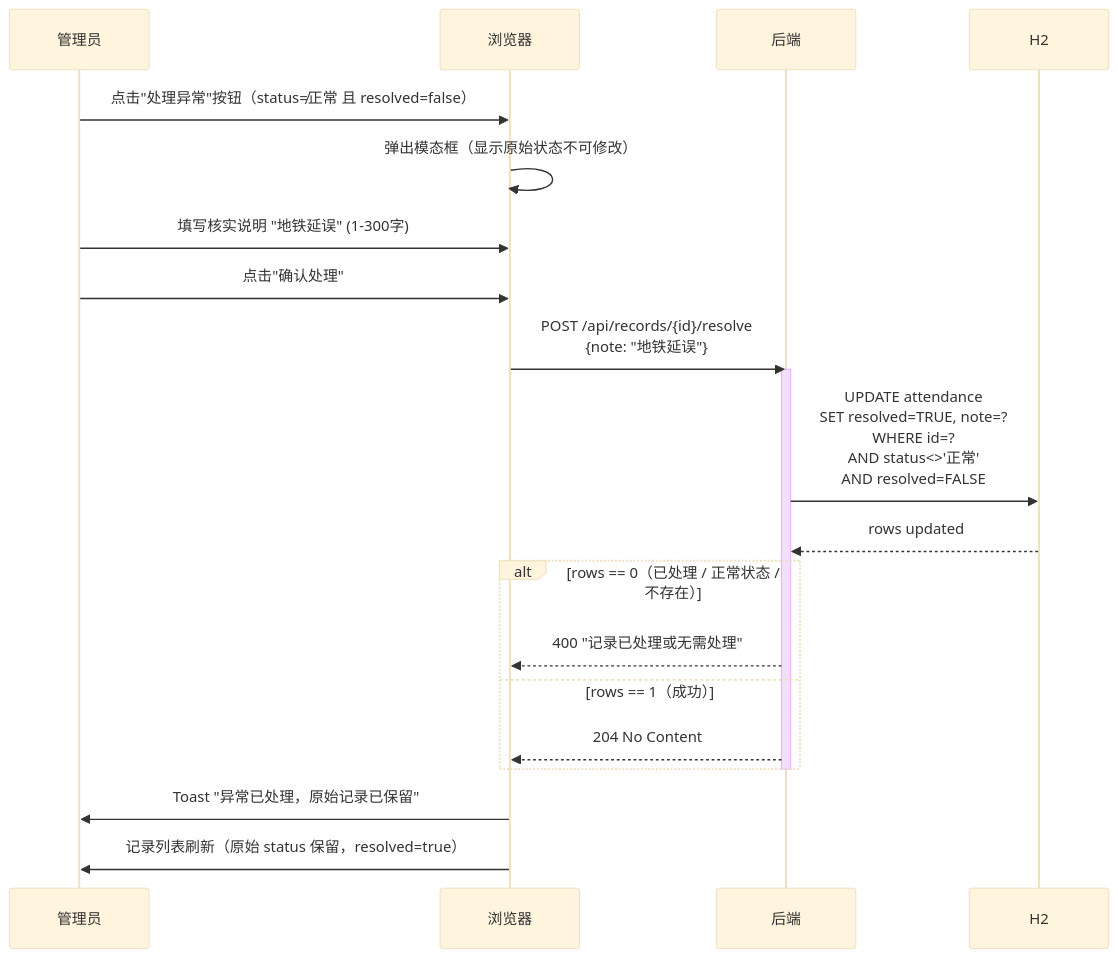
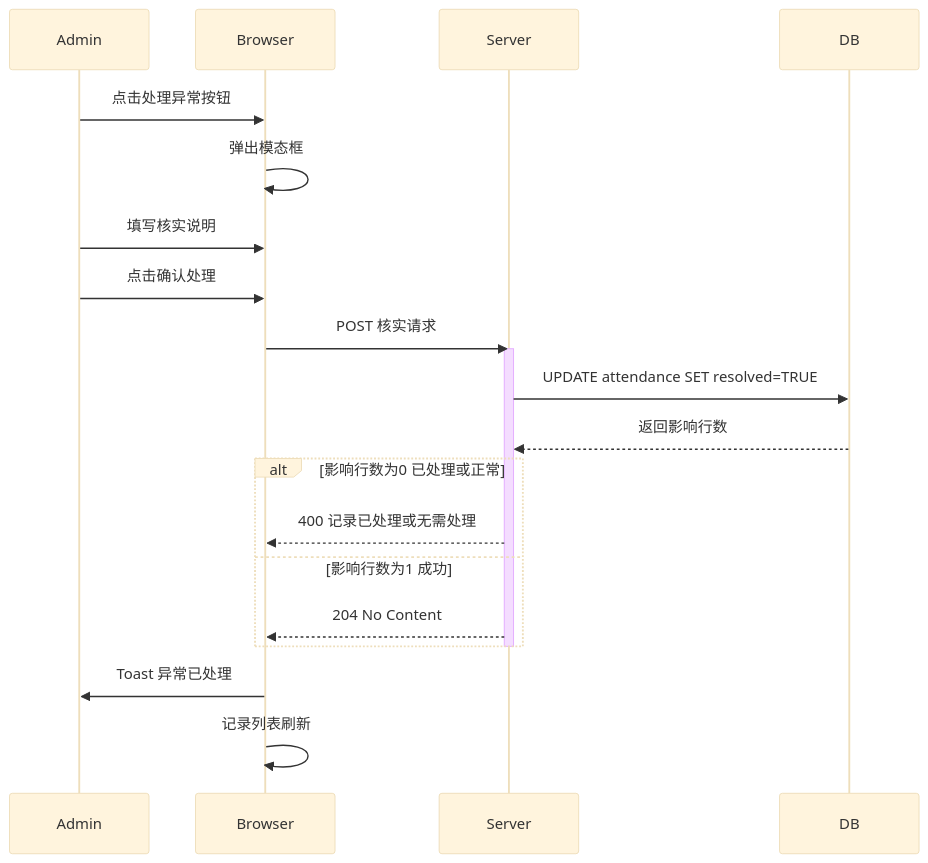
The fourth of 8 diagrams in docs/modeling/03-行为建模.md (ComingYU/attendance_management), drawn with Mermaid (base theme) before and after one commit. The commit also changed other lines of this file and 2 other files, not shown here.

Commit message:
建模图片语法修改

````diff
--- a/docs/modeling/03-行为建模.md
+++ b/docs/modeling/03-行为建模.md
@@ -211,27 +160,27 @@
 ```mermaid
 sequenceDiagram
-    participant Admin as 管理员
-    participant Browser as 浏览器
-    participant Server as 后端
-    participant DB as H2
+    participant Admin
+    participant Browser
+    participant Server
+    participant DB
 
-    Admin->>Browser: 点击"处理异常"按钮（status≠正常 且 resolved=false）
-    Browser->>Browser: 弹出模态框（显示原始状态不可修改）
-    Admin->>Browser: 填写核实说明 "地铁延误" (1-300字)
-    Admin->>Browser: 点击"确认处理"
+    Admin->>Browser: 点击处理异常按钮
+    Browser->>Browser: 弹出模态框
+    Admin->>Browser: 填写核实说明
+    Admin->>Browser: 点击确认处理
 
-    Browser->>Server: POST /api/records/{id}/resolve<br>{note: "地铁延误"}
+    Browser->>Server: POST 核实请求
     activate Server
-    Server->>DB: UPDATE attendance<br>SET resolved=TRUE, note=?<br>WHERE id=?<br>AND status<>'正常'<br>AND resolved=FALSE
-    DB-->>Server: rows updated
+    Server->>DB: UPDATE attendance SET resolved=TRUE
+    DB-->>Server: 返回影响行数
 
-    alt rows == 0（已处理 / 正常状态 / 不存在）
-        Server-->>Browser: 400 "记录已处理或无需处理"
-    else rows == 1（成功）
+    alt 影响行数为0 已处理或正常
+        Server-->>Browser: 400 记录已处理或无需处理
+    else 影响行数为1 成功
         Server-->>Browser: 204 No Content
     end
     deactivate Server
 
-    Browser->>Admin: Toast "异常已处理，原始记录已保留"
-    Browser->>Admin: 记录列表刷新（原始 status 保留，resolved=true）
+    Browser->>Admin: Toast 异常已处理
+    Browser->>Browser: 记录列表刷新
 ```
````
